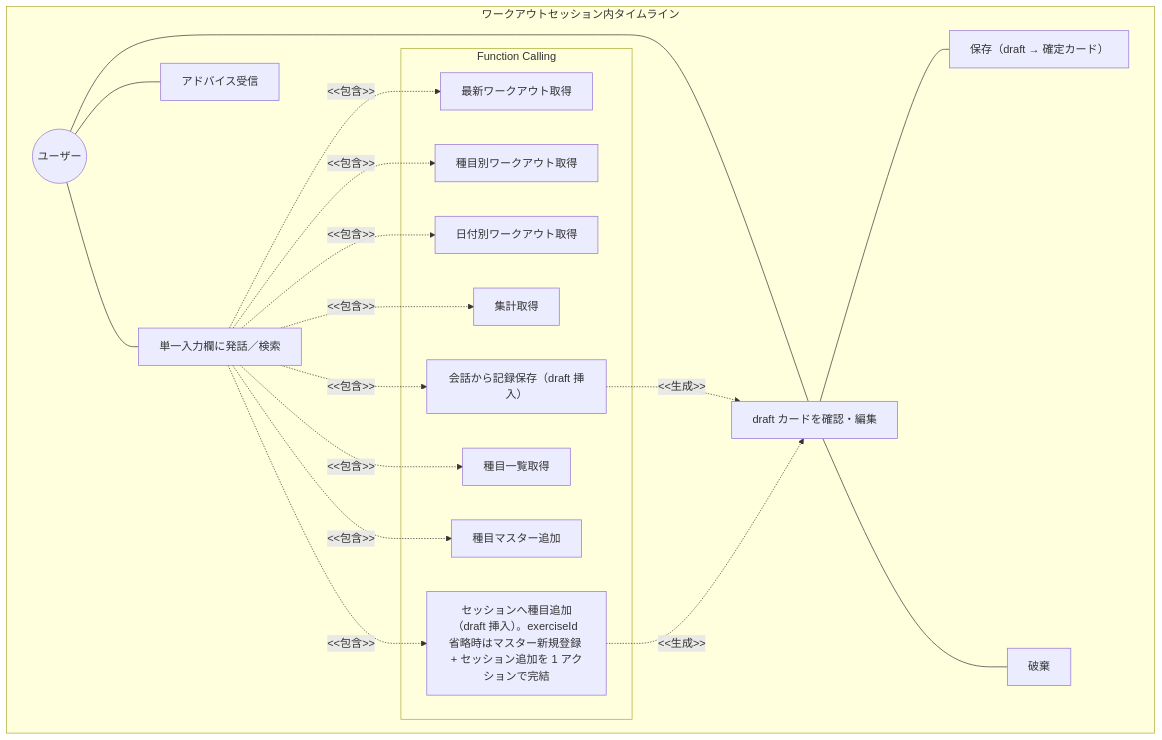
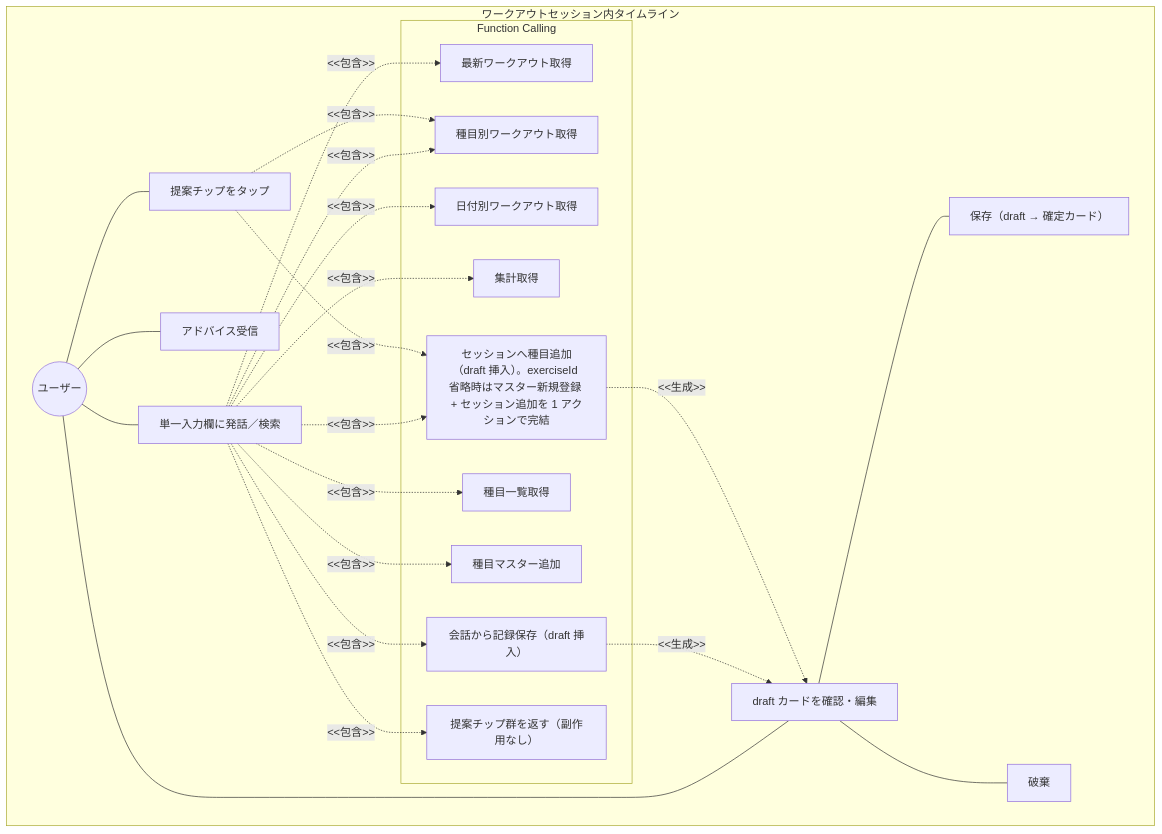
One commit to SakumaTakuya/gymini changed the first of 2 diagrams in docs/prd/ai-chat/index.md. Above: the diagram before and after it, drawn with Mermaid. The commit also changed other lines of this file and 18 other files, not shown here.

````diff
--- a/docs/prd/ai-chat/index.md
+++ b/docs/prd/ai-chat/index.md
@@ -33,38 +33,44 @@
 ```mermaid
 graph TB
     subgraph "ワークアウトセッション内タイムライン"
         User((ユーザー))
         UnifiedInput[単一入力欄に発話／検索]
         ReceiveAdvice[アドバイス受信]
+        SelectProposalChip[提案チップをタップ]
         ReviewDraftCard[draft カードを確認・編集]
         ApproveDraft[保存（draft → 確定カード）]
         RejectDraft[破棄]
 
         subgraph "Function Calling"
             GetRecent[最新ワークアウト取得]
             GetByExercise[種目別ワークアウト取得]
             GetByDate[日付別ワークアウト取得]
             GetSummary[集計取得]
             SaveWorkout[会話から記録保存（draft 挿入）]
             GetExercises[種目一覧取得]
             AddExercise[種目マスター追加]
             AddExerciseToSession[セッションへ種目追加（draft 挿入）。exerciseId 省略時はマスター新規登録 + セッション追加を 1 アクションで完結]
+            ProposeAction[提案チップ群を返す（副作用なし）]
         end
     end
 
     User --- UnifiedInput
     User --- ReceiveAdvice
+    User --- SelectProposalChip
     User --- ReviewDraftCard
     ReviewDraftCard --- ApproveDraft
     ReviewDraftCard --- RejectDraft
     UnifiedInput -.->|"<<包含>>"| GetRecent
     UnifiedInput -.->|"<<包含>>"| GetByExercise
     UnifiedInput -.->|"<<包含>>"| GetByDate
     UnifiedInput -.->|"<<包含>>"| GetSummary
     UnifiedInput -.->|"<<包含>>"| SaveWorkout
     UnifiedInput -.->|"<<包含>>"| GetExercises
     UnifiedInput -.->|"<<包含>>"| AddExercise
     UnifiedInput -.->|"<<包含>>"| AddExerciseToSession
+    UnifiedInput -.->|"<<包含>>"| ProposeAction
     SaveWorkout -.->|"<<生成>>"| ReviewDraftCard
     AddExerciseToSession -.->|"<<生成>>"| ReviewDraftCard
+    SelectProposalChip -.->|"<<包含>>"| AddExerciseToSession
+    SelectProposalChip -.->|"<<包含>>"| GetByExercise
 ```
````
